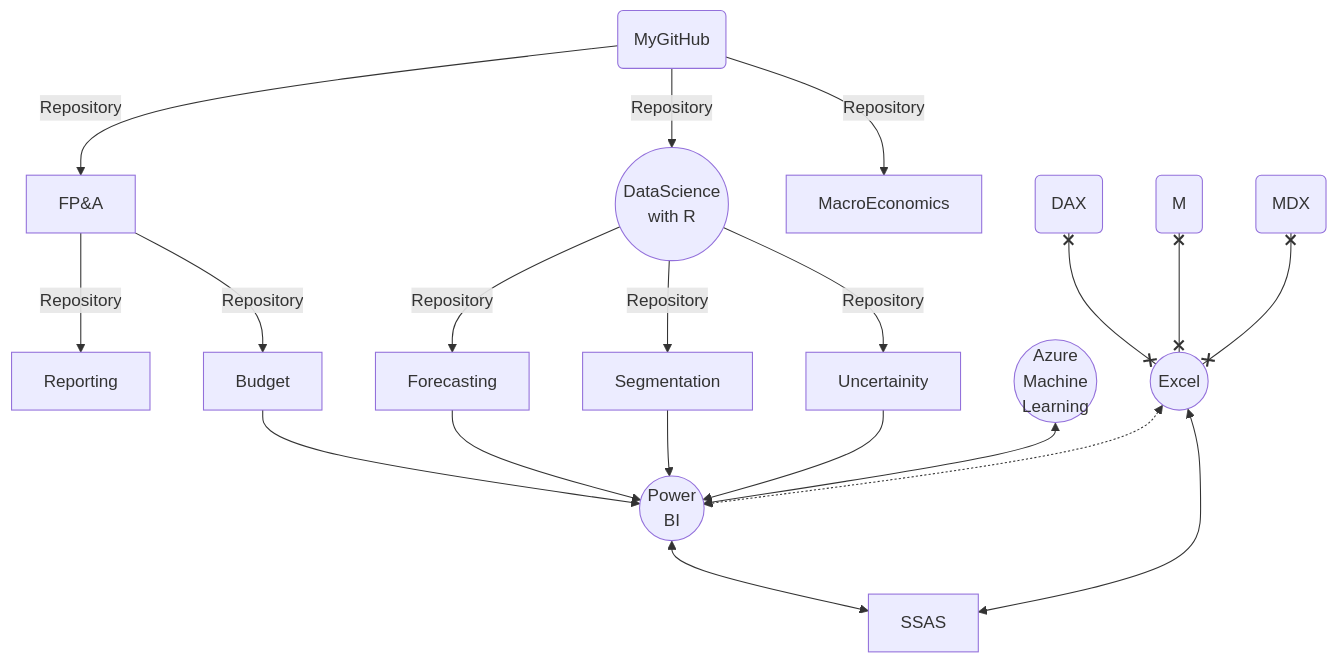
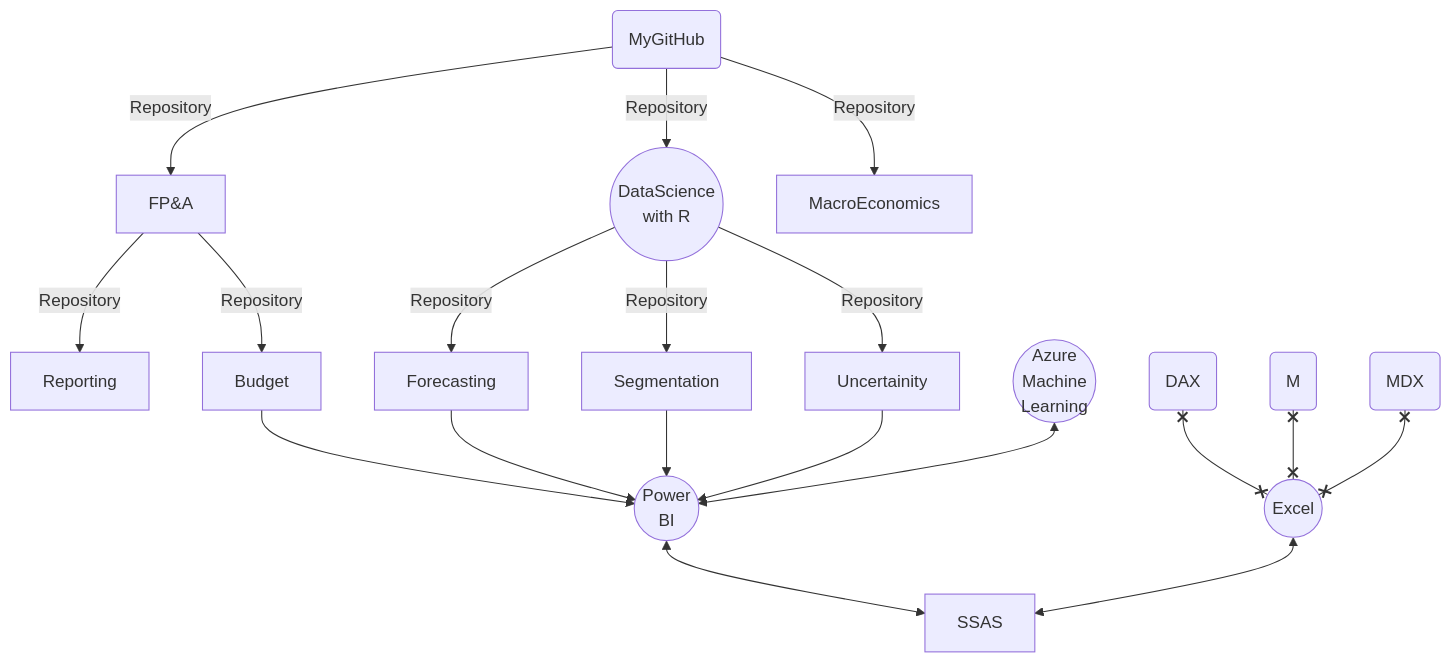
The diagram in README.md (md3629/md3629), drawn with Mermaid before and after one commit.

````diff
--- a/README.md
+++ b/README.md
@@ -4,24 +4,24 @@
 ```mermaid
 graph TD;
     my(MyGitHub)-->|Repository|FP&A;
     FP&A-->|Repository|Reporting;
     FP&A-->|Repository|Budget;
     
     my(MyGitHub)-->|Repository|a((DataScience<br> with R));
     
     my(MyGitHub)-->|Repository|MacroEconomics;
     a((DataScience<br> with R))--Repository-->Forecasting;
     a((DataScience<br> with R))--Repository-->Segmentation;
     a((DataScience<br> with R))--Repository-->Uncertainity;
     Uncertainity-->P((Power<br>BI));
     Forecasting-->P((Power<br>BI));
     Segmentation-->P((Power<br>BI));
     Budget-->P((Power<br>BI));
     AML((Azure<br>Machine<br>Learning))<-->P((Power<br>BI));
     D(DAX)x--xE((Excel));
     M(M)x--xE((Excel));
-    E((Excel))<-.->P((Power<br>BI));
+    
     A(MDX)x--xE((Excel));
     E((Excel))<-->SSAS;
     P((Power<br>BI))<-->SSAS;
 ```
````
